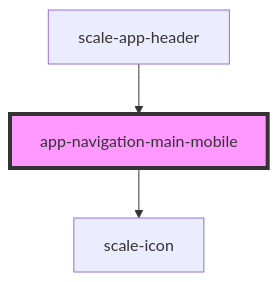
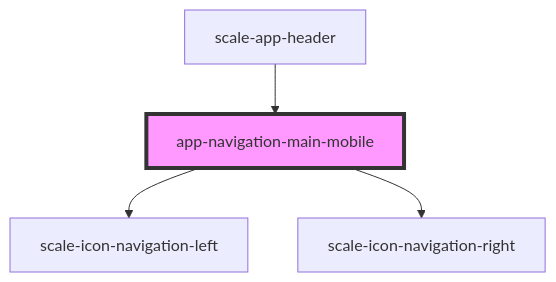
Before and after one commit to gaurishkamat/scale: the diagram in packages/components/src/components/app-navigation-main-mobile/readme.md, drawn with Mermaid. The commit also changed other lines of this file and 10 other files, not shown here.

````diff
--- a/packages/components/src/components/app-navigation-main-mobile/readme.md
+++ b/packages/components/src/components/app-navigation-main-mobile/readme.md
@@ -35,6 +36,7 @@
 ```mermaid
 graph TD;
-  app-navigation-main-mobile --> scale-icon
+  app-navigation-main-mobile --> scale-icon-navigation-left
+  app-navigation-main-mobile --> scale-icon-navigation-right
   scale-app-header --> app-navigation-main-mobile
   style app-navigation-main-mobile fill:#f9f,stroke:#333,stroke-width:4px
 ```
````
